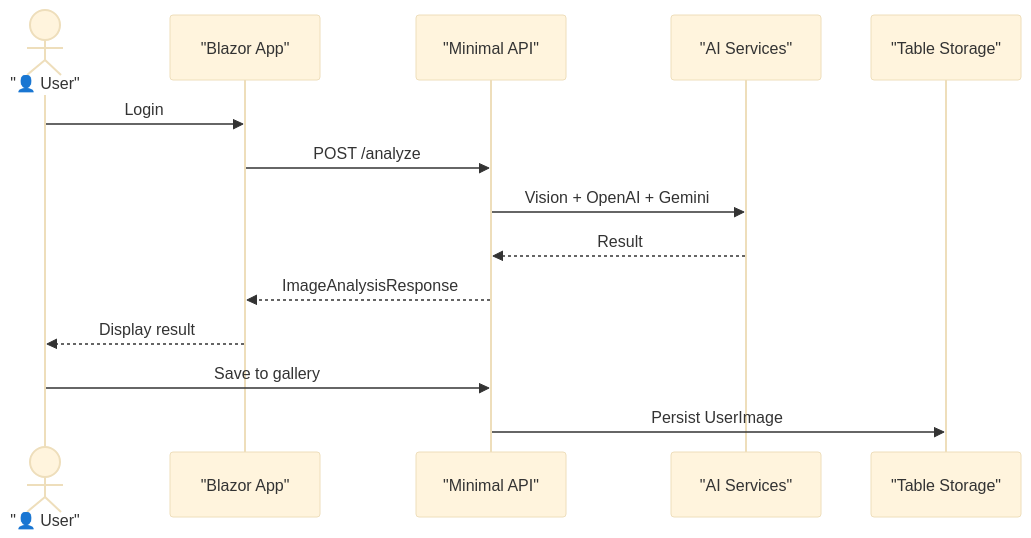
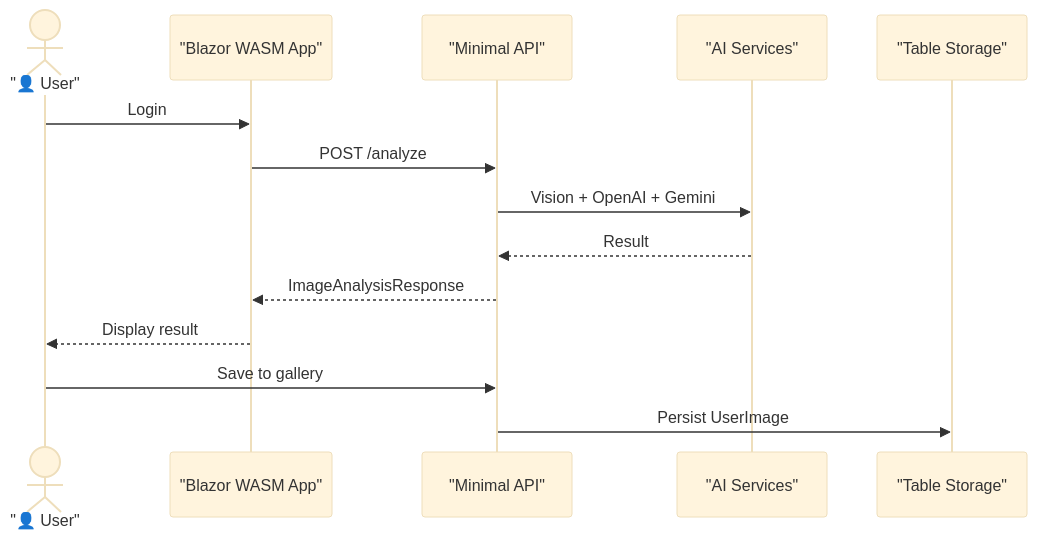
The diagram in docs/SystemFlow_MASTER_SIMPLE.mmd (punkouter26/PoRedoImage), drawn with Mermaid (base theme) before and after one commit. The commit also changed 38 other files, not shown here.

```diff
--- a/docs/SystemFlow_MASTER_SIMPLE.mmd
+++ b/docs/SystemFlow_MASTER_SIMPLE.mmd
@@ -1,15 +1,15 @@
 sequenceDiagram
     actor User as "👤 User"
-    participant App as "Blazor App"
+    participant App as "Blazor WASM App"
     participant API as "Minimal API"
     participant AI as "AI Services"
     participant Data as "Table Storage"
 
     User->>App: Login
     App->>API: POST /analyze
     API->>AI: Vision + OpenAI + Gemini
     AI-->>API: Result
     API-->>App: ImageAnalysisResponse
     App-->>User: Display result
     User->>API: Save to gallery
     API->>Data: Persist UserImage
```
